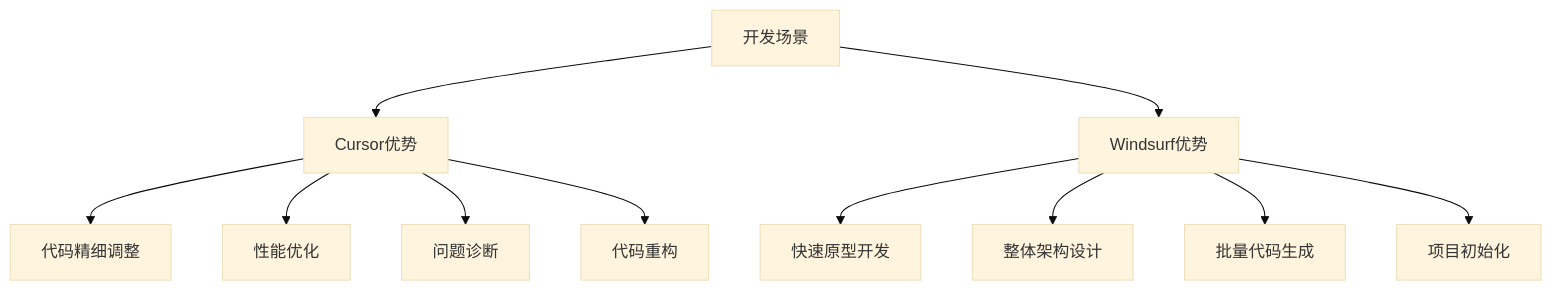
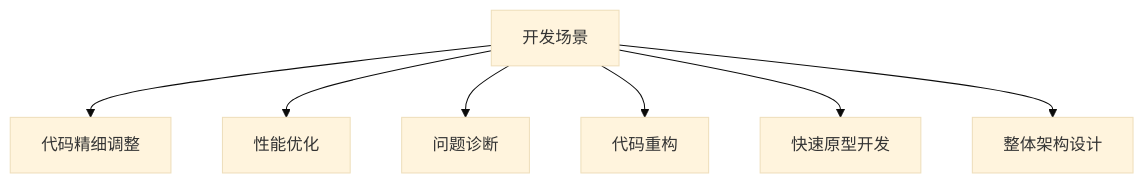
One commit to wutongci/cursor-courses changed the second of 4 diagrams in base/第二章-AI编辑器简介.md. Above: the diagram before and after it, drawn with Mermaid (base theme). The commit also changed other lines of this file and 5 other files, not shown here.

````diff
--- a/base/第二章-AI编辑器简介.md
+++ b/base/第二章-AI编辑器简介.md
@@ -108,15 +87,9 @@
 ```mermaid
 graph TD
-    A[开发场景] --> B[Cursor优势]
-    A --> C[Windsurf优势]
-    
-    B --> D[代码精细调整]
-    B --> E[性能优化]
-    B --> F[问题诊断]
-    B --> G[代码重构]
-    
-    C --> H[快速原型开发]
-    C --> I[整体架构设计]
-    C --> J[批量代码生成]
-    C --> K[项目初始化]
+    A[开发场景] --> B[代码精细调整]
+    A --> C[性能优化]
+    A --> D[问题诊断]
+    A --> E[代码重构]
+    A --> F[快速原型开发]
+    A --> G[整体架构设计]
 ```
````
